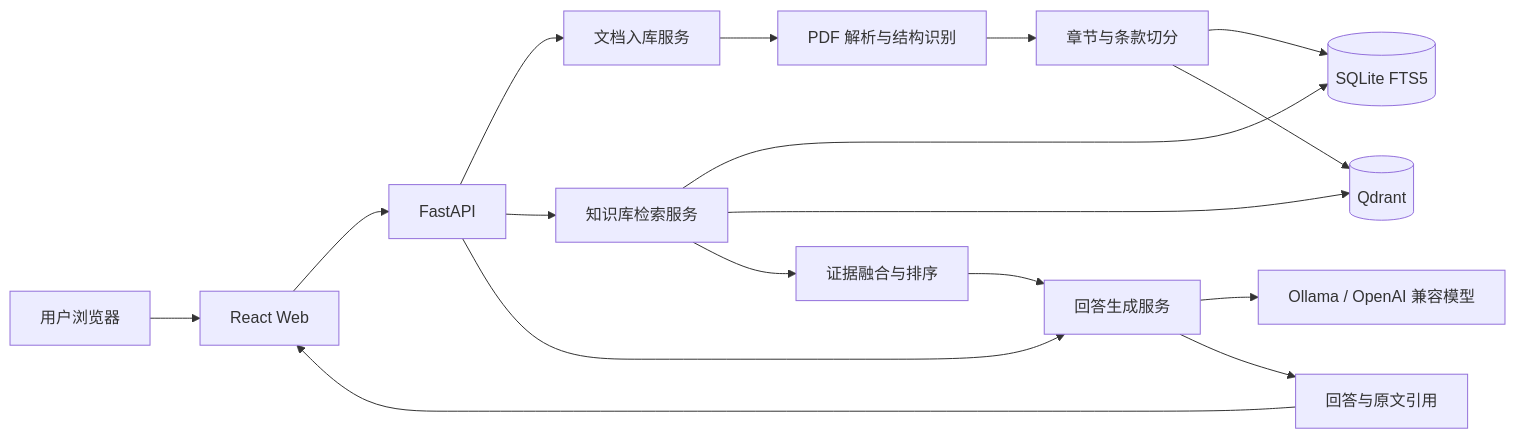
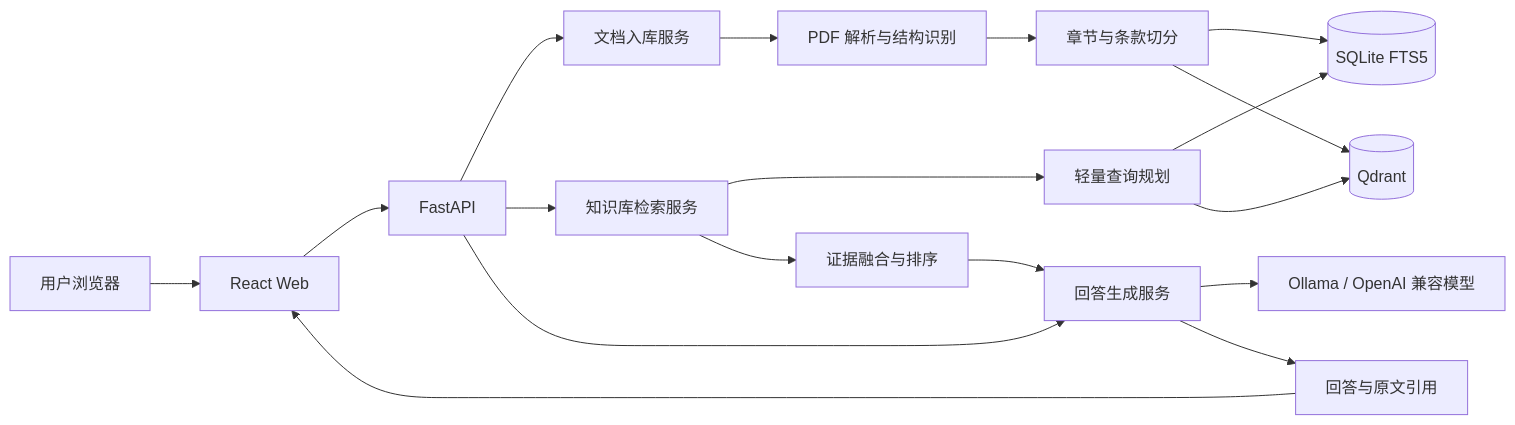
One commit to lmqxk/RAG_WIKI changed the diagram in README.md. Above: the diagram before and after it, drawn with Mermaid. The commit also changed other lines of this file and 35 other files, not shown here.

````diff
--- a/README.md
+++ b/README.md
@@ -35,21 +37,22 @@
 ```mermaid
 flowchart LR
     U[用户浏览器] --> W[React Web]
     W --> A[FastAPI]
     A --> I[文档入库服务]
     A --> R[知识库检索服务]
     A --> G[回答生成服务]
 
     I --> P[PDF 解析与结构识别]
     P --> C[章节与条款切分]
     C --> S[(SQLite FTS5)]
     C --> Q[(Qdrant)]
 
-    R --> S
-    R --> Q
+    R --> P2[轻量查询规划]
+    P2 --> S
+    P2 --> Q
     R --> E[证据融合与排序]
     E --> G
     G --> O[Ollama / OpenAI 兼容模型]
     G --> X[回答与原文引用]
     X --> W
 ```
````
